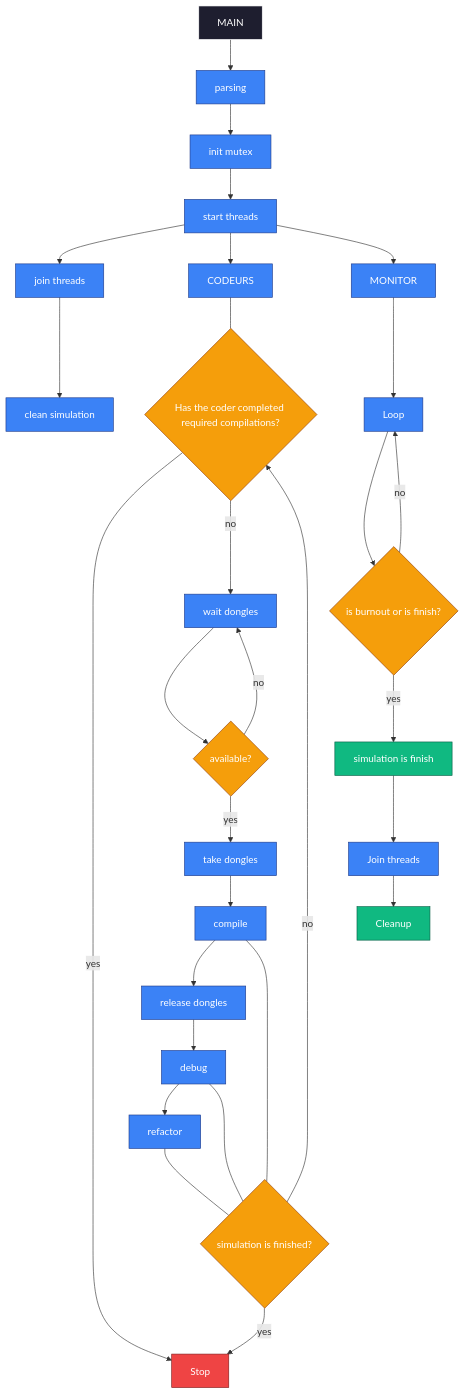
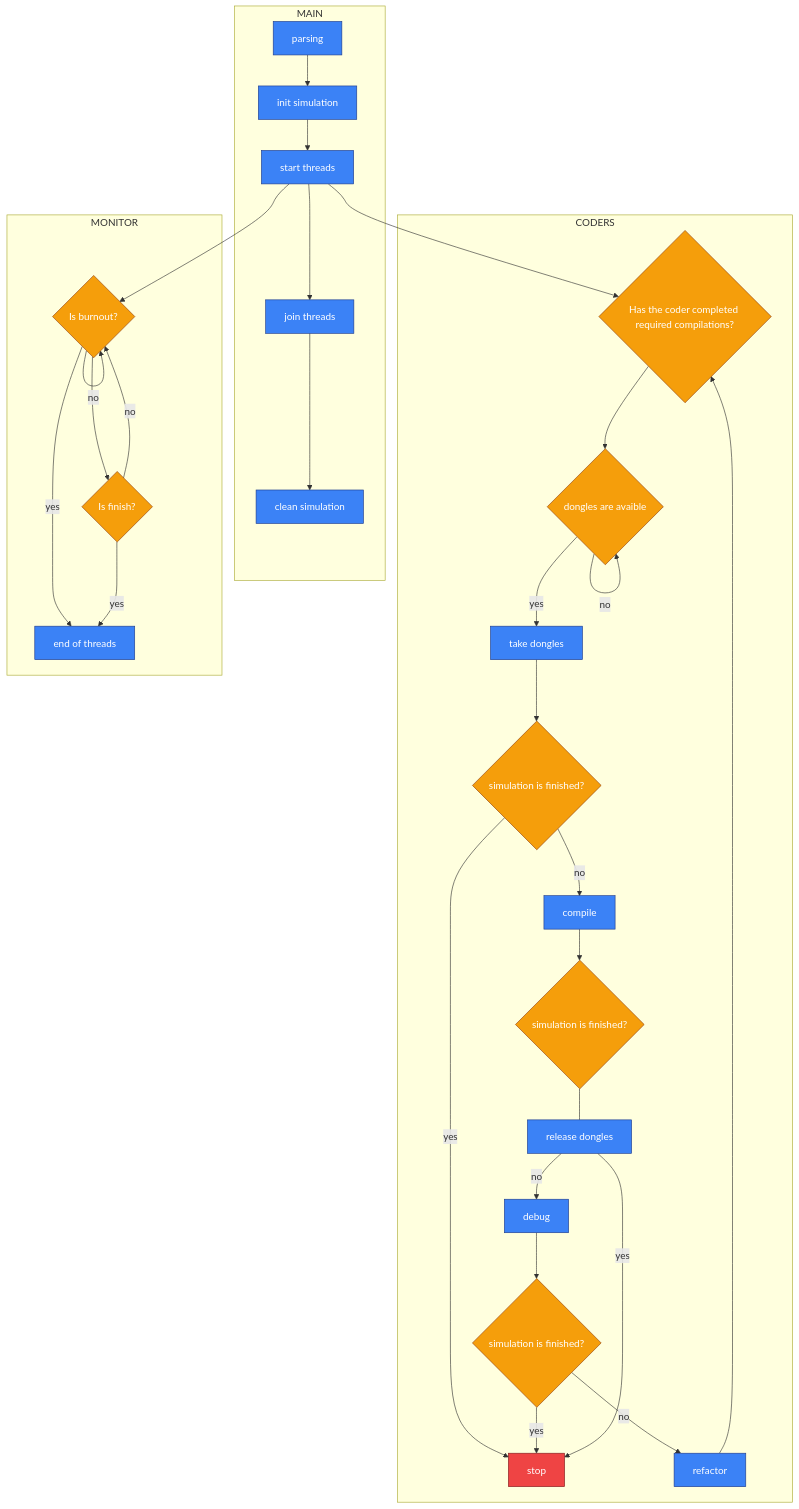
The diagram in README.md (MinePopTheReal/Codexion), drawn with Mermaid before and after one commit.

Commit message:
I fix errors sentence in parsing and readme uml

````diff
--- a/README.md
+++ b/README.md
@@ -77,64 +77,64 @@
 ```mermaid
 flowchart TD
-A[MAIN] --> B[parsing]
-B --> C[init mutex]
+subgraph MAIN
+B[parsing]
+B --> C[init simulation]
 C --> D[start threads]
 D --> X[join threads]
 X --> Y[clean simulation]
-
-D --> E[CODEURS]
-D --> F[MONITOR]
+end
 
 %% CODE
+subgraph CODERS
+H1{simulation is finished?}
+H2{simulation is finished?}
+H3{simulation is finished?}
 
-	H{simulation is finished?}
+I{Has the coder completed required compilations?}
 
-H -->|yes| Z[Stop] 
-H -->|no| I{Has the coder completed required compilations?}
+Z[stop]
 
-I -->|yes| Z 
-I -->|no| J[wait dongles] 
+J{dongles are avaible}
+K[take dongles]
+L[compile] --> H2
+M[debug] --> H3
+N[refactor] --> I
+O[release dongles]
 
-J --> K{available?} 
-K -->|no| J 
-K -->|yes| L[take dongles] 
+J --> |no| J
+J --> |yes| K
 
-L --> M[compile] 
-M --> N[release dongles] 
-N --> O[debug] 
-O --> P[refactor]
+H2 --- O
+H1 --> |yes| Z
+H3 --> |yes| Z
+H1 --> |no| L
+H3 --> |no| N
 
-P
-E
+O --> |no| M
+O --> |yes| Z
+end
 
 %% MONITOR
-F --> Q[Loop]
-Q --> R{is burnout or is finish?}
-R -->|yes| S[simulation is finish]
-R -->|no| Q
-
-%% FIN
-S --> T[Join threads]
-T --> U[Cleanup]
+subgraph MONITOR
+D --> R{Is burnout?}
+R --> S{Is finish?}
+R -->|yes| T[end of threads]
+S -->|no| R
+R -->|no| R
+S -->|yes| T
+end
 
 %% STYLES
 classDef main fill:#1e1e2f,color:#fff,stroke:#ffffff
 classDef process fill:#3b82f6,color:#fff,stroke:#1e3a8a
 classDef decision fill:#f59e0b,color:#fff,stroke:#92400e
-classDef end_node fill:#10b981,color:#fff,stroke:#065f46
 classDef alert fill:#ef4444,color:#fff,stroke:#7f1d1d
 class A main
-class B,C,D,E,F,G,J,L,M,N,O,P,Q,T,X,Y process
-class H,I,K,R decision
-class S,U end_node
+class B,C,D,E,F,G,K,L,M,N,O,P,Q,T,X,Y process
+class H1,H2,H3,I,J,R,S decision
+
 class Z alert
-	P
-	P
-	P
-	J
-	H
-	M --- H
-	O --- H
-	P --- H
-	E --- I
+    D --> I
+    K --> H1
+    I --> J
 ```
````
